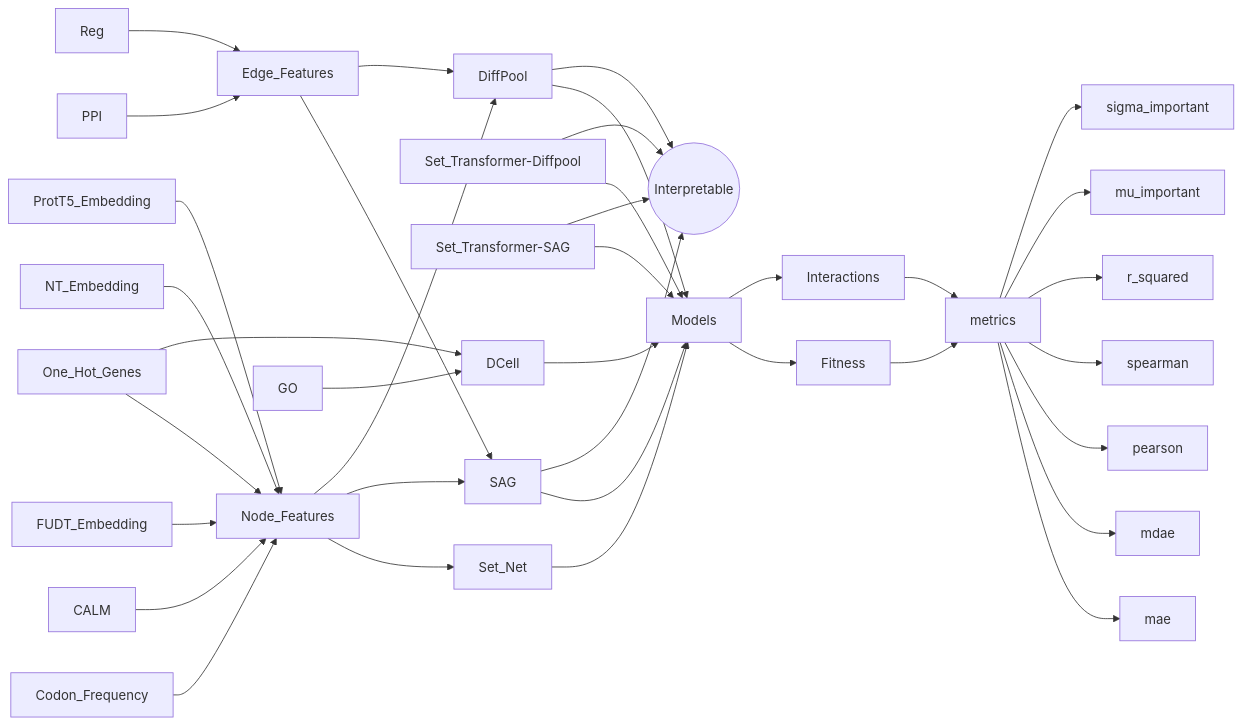
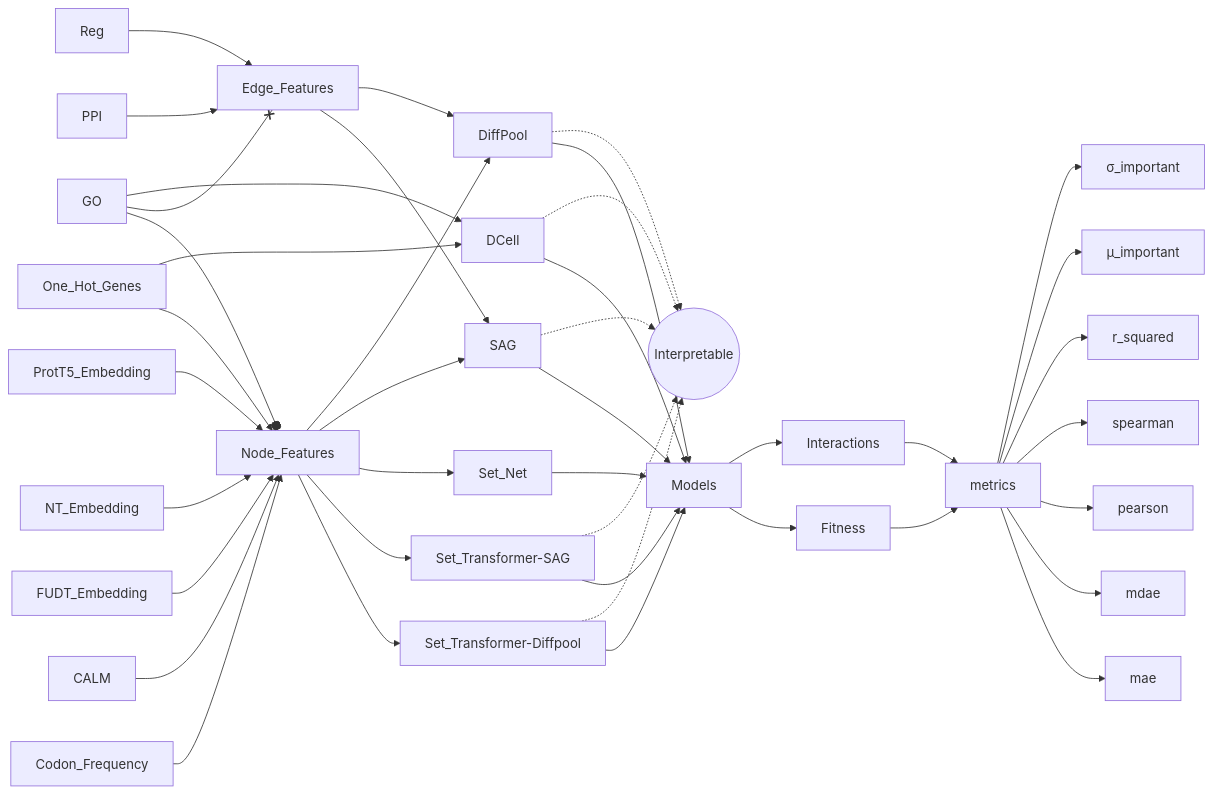
The diagram in notes/paper.outline.dmf-fitness-table.02.md (Mjvolk3/torchcell), drawn with Mermaid before and after one commit. The commit also changed other lines of this file and 40 other files, not shown here.

````diff
--- a/notes/paper.outline.dmf-fitness-table.02.md
+++ b/notes/paper.outline.dmf-fitness-table.02.md
@@ -9,39 +9,44 @@
 ```mermaid
 graph LR
     Set_Net --> Models
+    Node_Features --> Set_Transformer-Diffpool
+    Node_Features --> Set_Transformer-SAG
     Set_Transformer-Diffpool --> Models
     Set_Transformer-SAG --> Models
     SAG --> Models
     DiffPool --> Models
     One_Hot_Genes --> Node_Features
     Codon_Frequency --> Node_Features
     CALM --> Node_Features
     FUDT_Embedding --> Node_Features
     NT_Embedding --> Node_Features
     ProtT5_Embedding --> Node_Features
     Node_Features --> Set_Net
     Node_Features --> SAG
     Node_Features --> DiffPool
     Edge_Features --> SAG
     Edge_Features --> DiffPool
     PPI --> Edge_Features 
     Reg --> Edge_Features 
+    GO --o Node_Features
+    GO --x Edge_Features
     GO --> DCell
     One_Hot_Genes --> DCell
     DCell --> Models
     Models --> Fitness
     Models --> Interactions
     Interactions --> metrics
     Fitness --> metrics 
     metrics --> mae
     metrics --> mdae
     metrics --> pearson
     metrics --> spearman
     metrics --> r_squared
-    metrics --> mu_important
-    metrics --> sigma_important
-    SAG --> Interpretable((Interpretable))
-    DiffPool --> Interpretable
-    Set_Transformer-Diffpool --> Interpretable
-    Set_Transformer-SAG --> Interpretable
+    metrics --> μ_important
+    metrics --> σ_important
+    DCell -.-> Interpretable((Interpretable))
+    SAG -.-> Interpretable((Interpretable))
+    DiffPool -.-> Interpretable((Interpretable))
+    Set_Transformer-Diffpool -.-> Interpretable((Interpretable))
+    Set_Transformer-SAG -.-> Interpretable((Interpretable))
 ```
````
